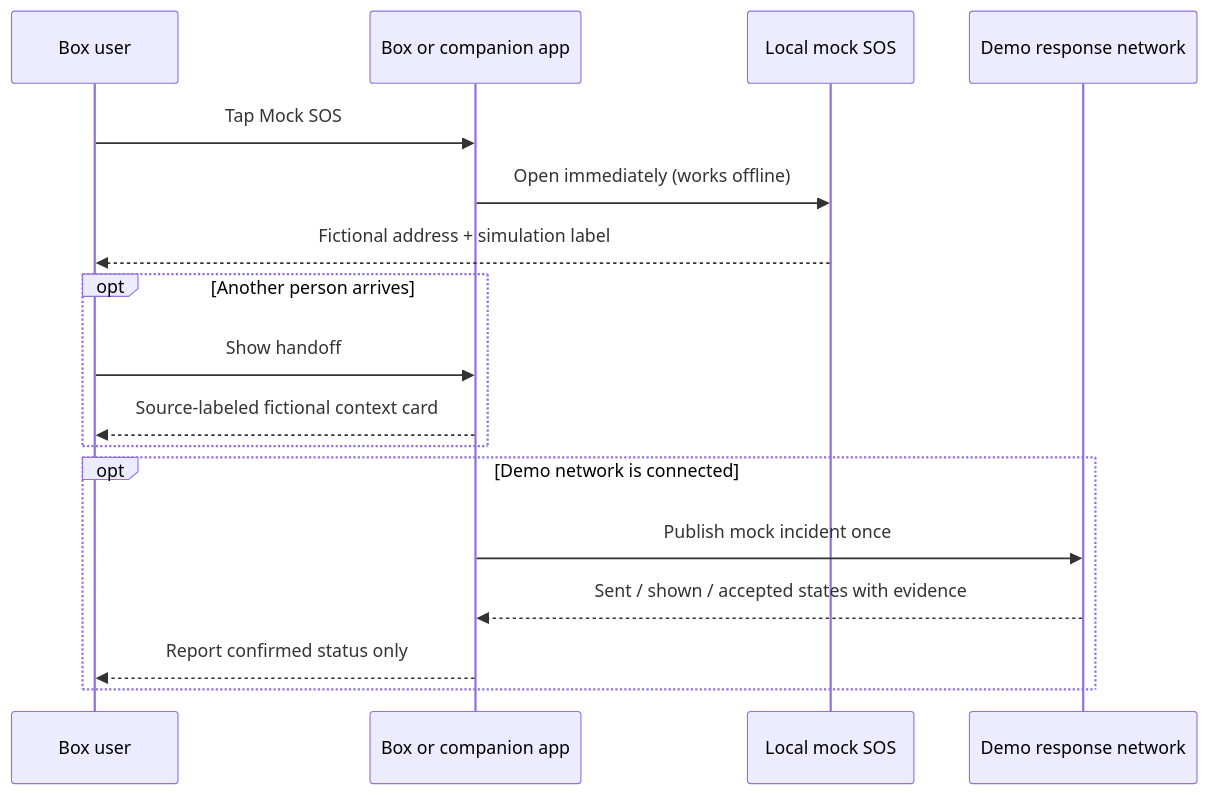
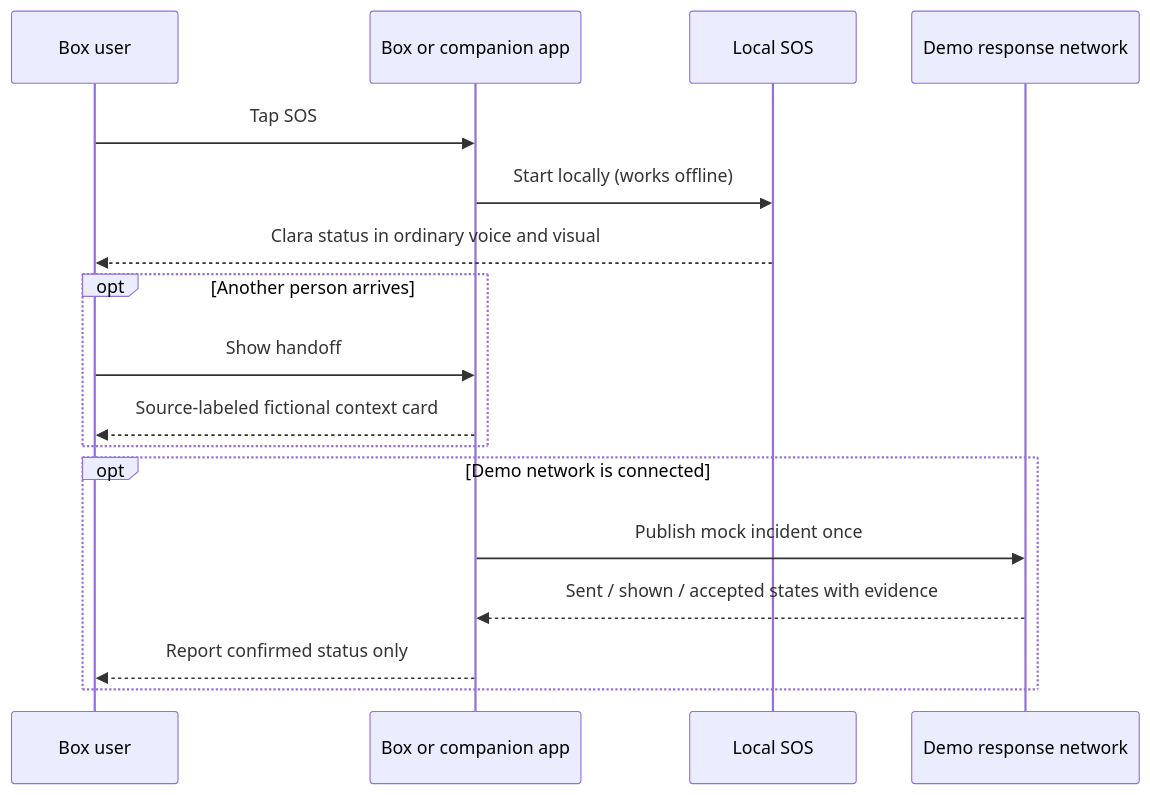
One commit to langlglang/clara changed the first of 2 diagrams in docs/subsystems/emergency-workflow.md. Above: the diagram before and after it, drawn with Mermaid. The commit also changed other lines of this file and 34 other files, not shown here.

Commit message:
Keep SOS calls in background and align arm and camera flows

````diff
--- a/docs/subsystems/emergency-workflow.md
+++ b/docs/subsystems/emergency-workflow.md
@@ -37,19 +37,19 @@
 ```mermaid
 sequenceDiagram
   participant U as Box user
   participant UI as Box or companion app
-  participant S as Local mock SOS
+  participant S as Local SOS
   participant R as Demo response network
-  U->>UI: Tap Mock SOS
-  UI->>S: Open immediately (works offline)
-  S-->>U: Fictional address + simulation label
+  U->>UI: Tap SOS
+  UI->>S: Start locally (works offline)
+  S-->>U: Clara status in ordinary voice and visual
   opt Another person arrives
     U->>UI: Show handoff
     UI-->>U: Source-labeled fictional context card
   end
   opt Demo network is connected
     UI->>R: Publish mock incident once
     R-->>UI: Sent / shown / accepted states with evidence
     UI-->>U: Report confirmed status only
   end
 ```
````
